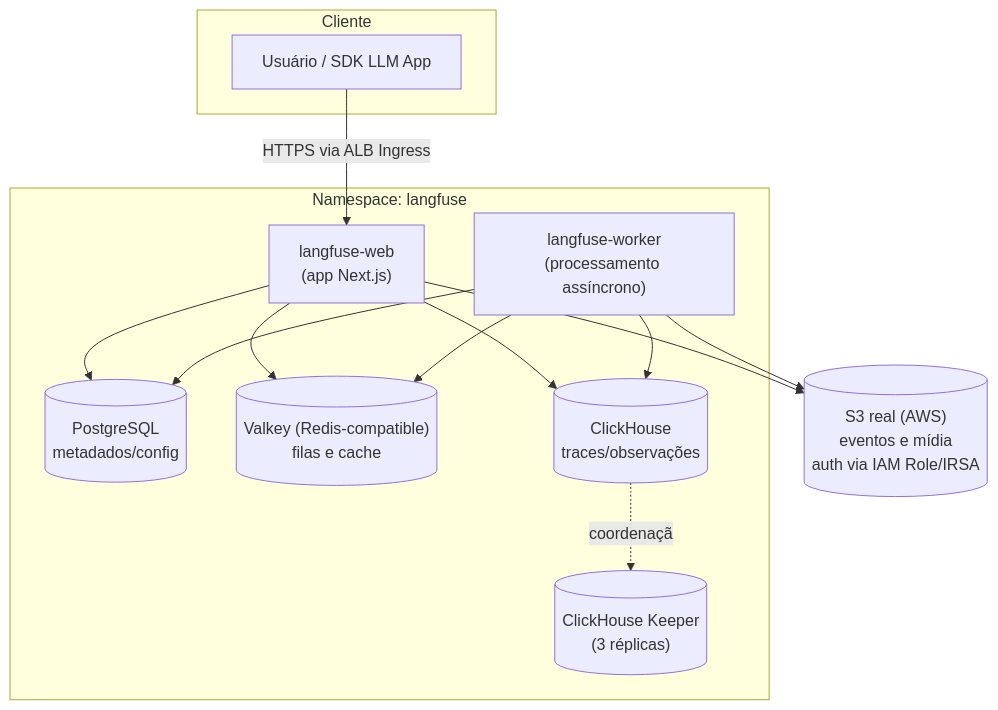
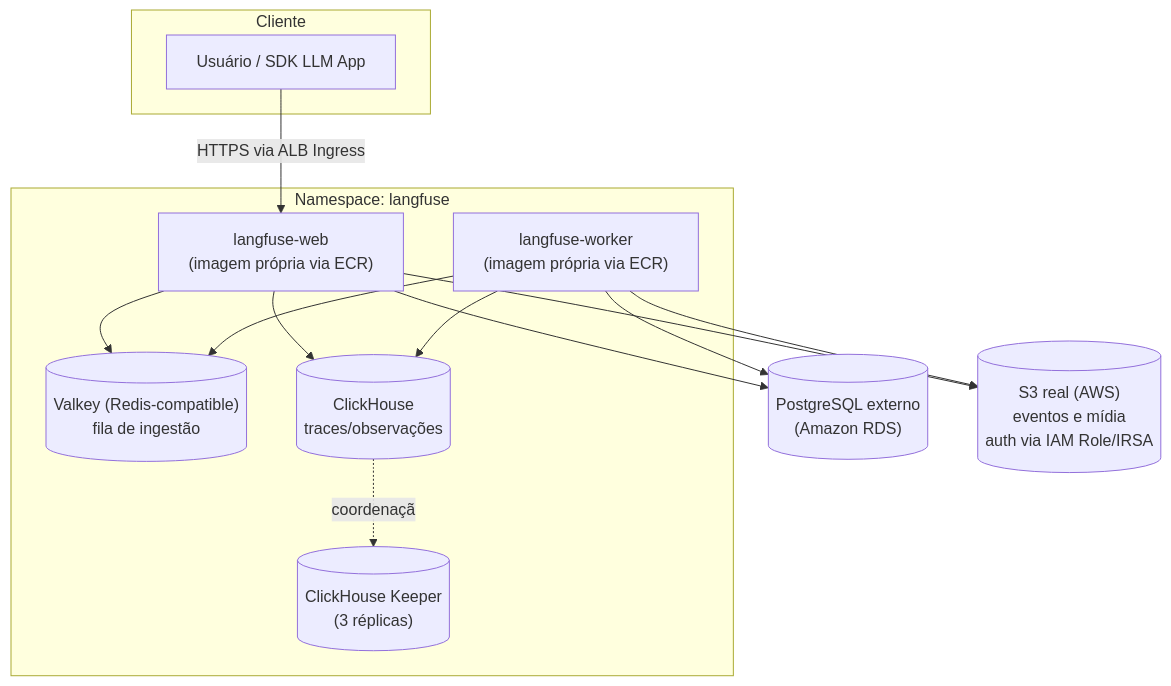
Before and after one commit to wesleite/langfuse: the diagram in README.md, drawn with Mermaid. The commit also changed other lines of this file and 11 other files, not shown here.

````diff
--- a/README.md
+++ b/README.md
@@ -26,28 +25,28 @@
 ```mermaid
 flowchart TB
     subgraph Cliente
         U[Usuário / SDK LLM App]
     end
 
     subgraph "Namespace: langfuse"
-        WEB["langfuse-web<br/>(app Next.js)"]
-        WORKER["langfuse-worker<br/>(processamento assíncrono)"]
-        PG[("PostgreSQL<br/>metadados/config")]
-        REDIS[("Valkey (Redis-compatible)<br/>filas e cache")]
+        WEB["langfuse-web<br/>(imagem própria via ECR)"]
+        WORKER["langfuse-worker<br/>(imagem própria via ECR)"]
+        REDIS[("Valkey (Redis-compatible)<br/>fila de ingestão")]
         CH[("ClickHouse<br/>traces/observações")]
         KEEPER[("ClickHouse Keeper<br/>(3 réplicas)")]
     end
 
+    RDS[("PostgreSQL externo<br/>(Amazon RDS)")]
     S3[("S3 real (AWS)<br/>eventos e mídia<br/>auth via IAM Role/IRSA")]
 
     U -->|HTTPS via ALB Ingress| WEB
-    WEB --> PG
+    WEB --> RDS
     WEB --> REDIS
     WEB --> CH
     WEB --> S3
-    WORKER --> PG
+    WORKER --> RDS
     WORKER --> REDIS
     WORKER --> CH
     WORKER --> S3
     CH -.coordenação.-> KEEPER
 ```
````
